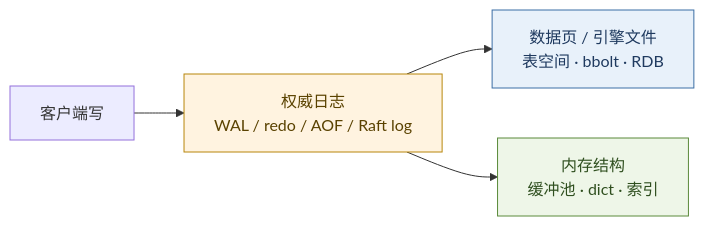
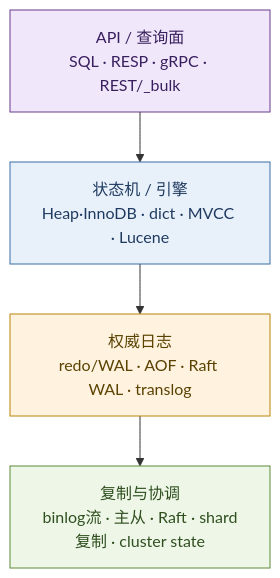
Before and after one commit to xiaxinyu/knowledge_base: the first of 6 diagrams in 20-architecture/29a-data-store-wal-mvcc-treatise.md, drawn with Mermaid. The commit also changed other lines of this file and 1 other file, not shown here.

Commit message:
Revise Data Store WAL and MVCC treatise to clarify the concept of storage contracts and consensus logs. Update terminology and structure for better understanding of durability, concurrency, and cluster contracts. Enhance coherence with existing treatises and improve overall readability.

````diff
--- a/20-architecture/29a-data-store-wal-mvcc-treatise.md
+++ b/20-architecture/29a-data-store-wal-mvcc-treatise.md
@@ -147,10 +94,15 @@
 ```mermaid
-flowchart LR
+flowchart TB
+  classDef api fill:#f0e8fa,stroke:#6a3a8a,color:#3a1f5f
+  classDef eng fill:#e8f1fa,stroke:#3b6ea5,color:#1f3a5f
   classDef log fill:#fff3e0,stroke:#b8860b,color:#5a4200
-  classDef data fill:#e8f1fa,stroke:#3b6ea5,color:#1f3a5f
-  classDef mem fill:#eef6e8,stroke:#5a8a3a,color:#2f4f1f
+  classDef net fill:#eef6e8,stroke:#5a8a3a,color:#2f4f1f
 
-  W["客户端写"] --> L["权威日志<br/>WAL / redo / AOF / Raft log"]:::log
-  L --> D["数据页 / 引擎文件<br/>表空间 · bbolt · RDB"]:::data
-  L --> M["内存结构<br/>缓冲池 · dict · 索引"]:::mem
+  API["API / 查询面<br/>SQL · RESP · gRPC · REST/_bulk"]:::api
+  SM["状态机 / 引擎<br/>Heap·InnoDB · dict · MVCC · Lucene"]:::eng
+  LOG["权威日志<br/>redo/WAL · AOF · Raft WAL · translog"]:::log
+  NET["复制与协调<br/>binlog流 · 主从 · Raft · shard复制 · cluster state"]:::net
+  API --> SM
+  SM --> LOG
+  LOG --> NET
 ```
````
